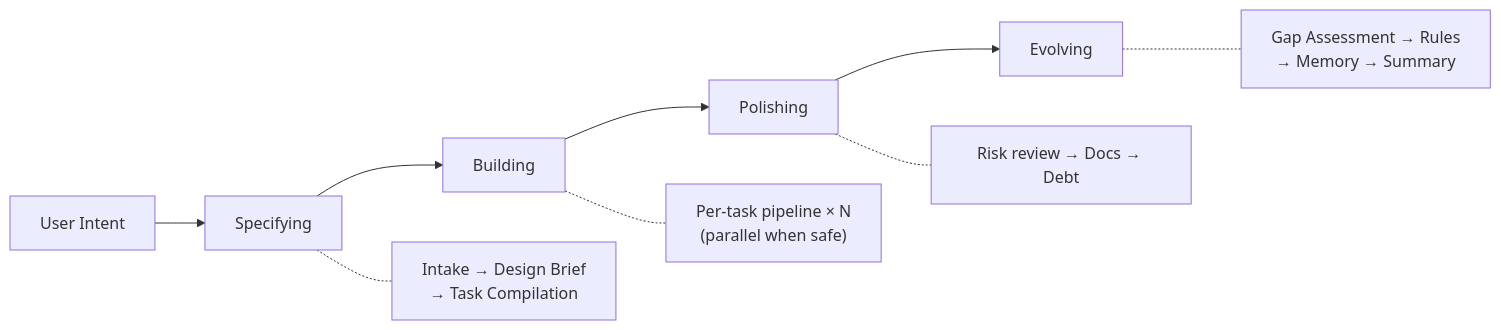
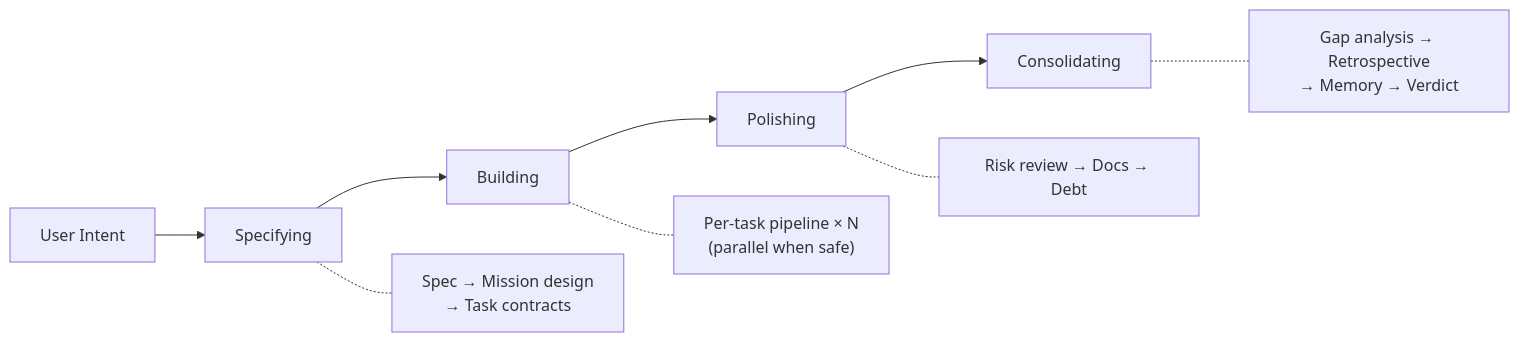
The diagram in README.ko.md (choam2426/geas), drawn with Mermaid before and after one commit. The commit also changed other lines of this file and 1 other file, not shown here.

````diff
--- a/README.ko.md
+++ b/README.ko.md
@@ -49,12 +49,12 @@
 ```mermaid
 graph LR
     A[User Intent] --> B[Specifying]
     B --> C[Building]
     C --> D[Polishing]
-    D --> E[Evolving]
+    D --> E[Consolidating]
 
-    B -.- B1["Intake → Design Brief\n→ Task Compilation"]
+    B -.- B1["Spec → Mission design\n→ Task contracts"]
     C -.- C1["Per-task pipeline × N\n(parallel when safe)"]
     D -.- D1["Risk review → Docs → Debt"]
-    E -.- E1["Gap Assessment → Rules\n→ Memory → Summary"]
+    E -.- E1["Gap analysis → Retrospective\n→ Memory → Verdict"]
 ```
````
